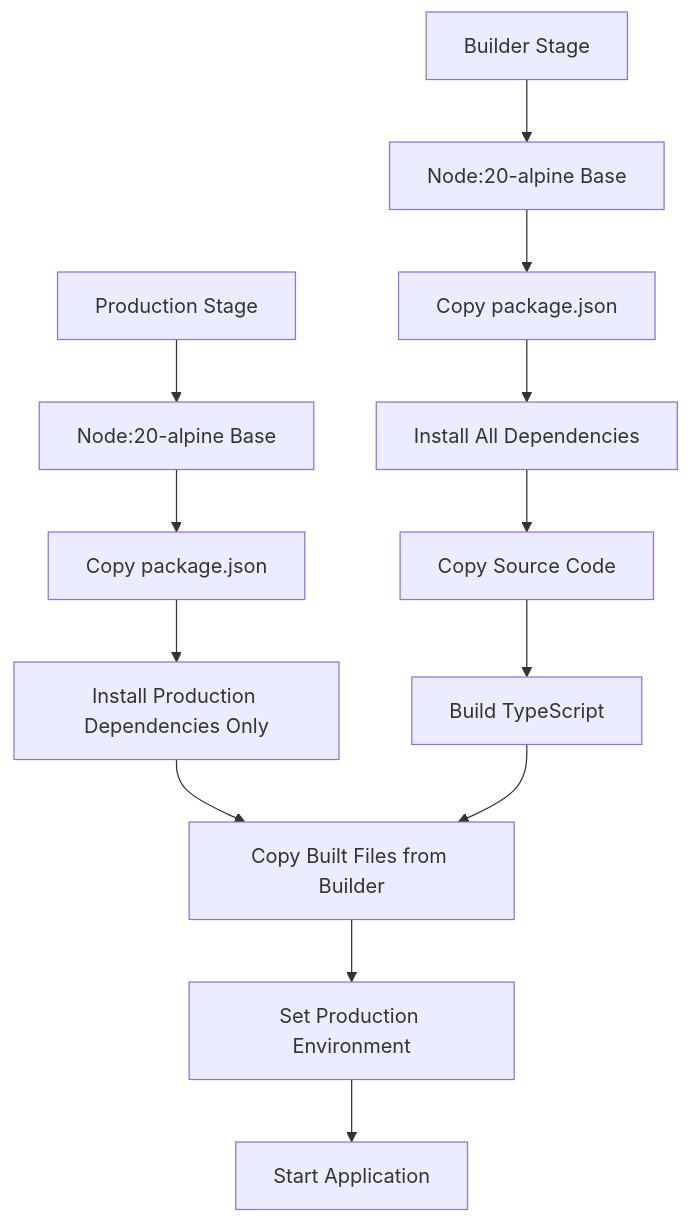
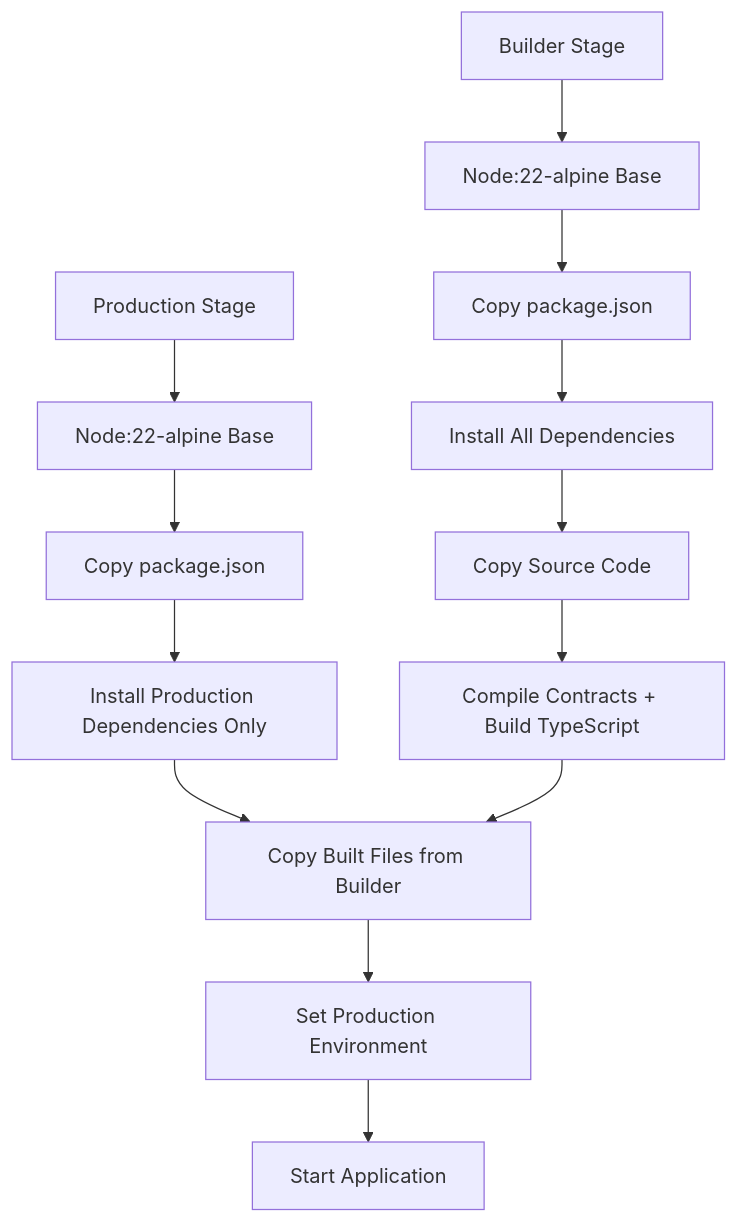
Before and after one commit to ProTechPh/FreelanceXchain-api: the first of 4 diagrams in docs/deployment/configuration.md, drawn with Mermaid. The commit also changed other lines of this file and 57 other files, not shown here.

````diff
--- a/docs/deployment/configuration.md
+++ b/docs/deployment/configuration.md
@@ -68,15 +76,15 @@
 ```mermaid
 graph TD
-A[Builder Stage] --> B[Node:20-alpine Base]
+A[Builder Stage] --> B[Node:22-alpine Base]
 B --> C[Copy package.json]
 C --> D[Install All Dependencies]
 D --> E[Copy Source Code]
-E --> F[Build TypeScript]
-G[Production Stage] --> H[Node:20-alpine Base]
+E --> F[Compile Contracts + Build TypeScript]
+G[Production Stage] --> H[Node:22-alpine Base]
 H --> I[Copy package.json]
 I --> J[Install Production Dependencies Only]
 J --> K[Copy Built Files from Builder]
 K --> L[Set Production Environment]
 L --> M[Start Application]
 F --> K
 ```
````
